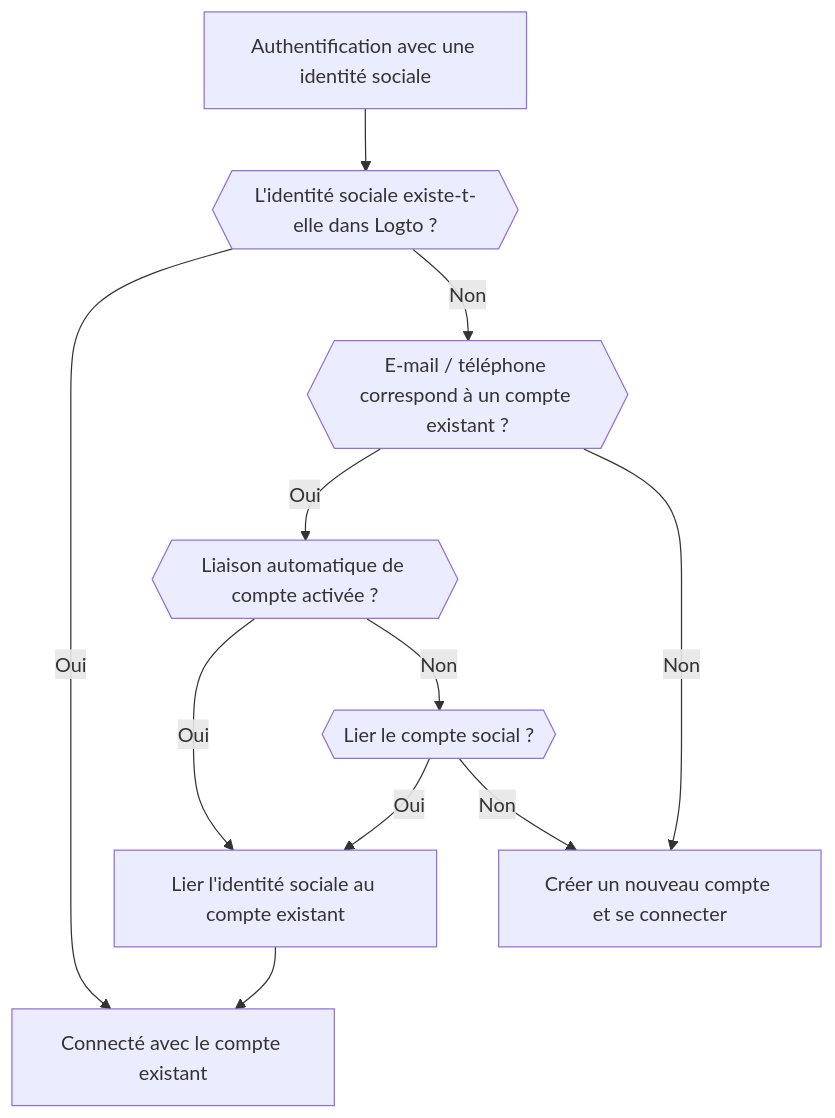
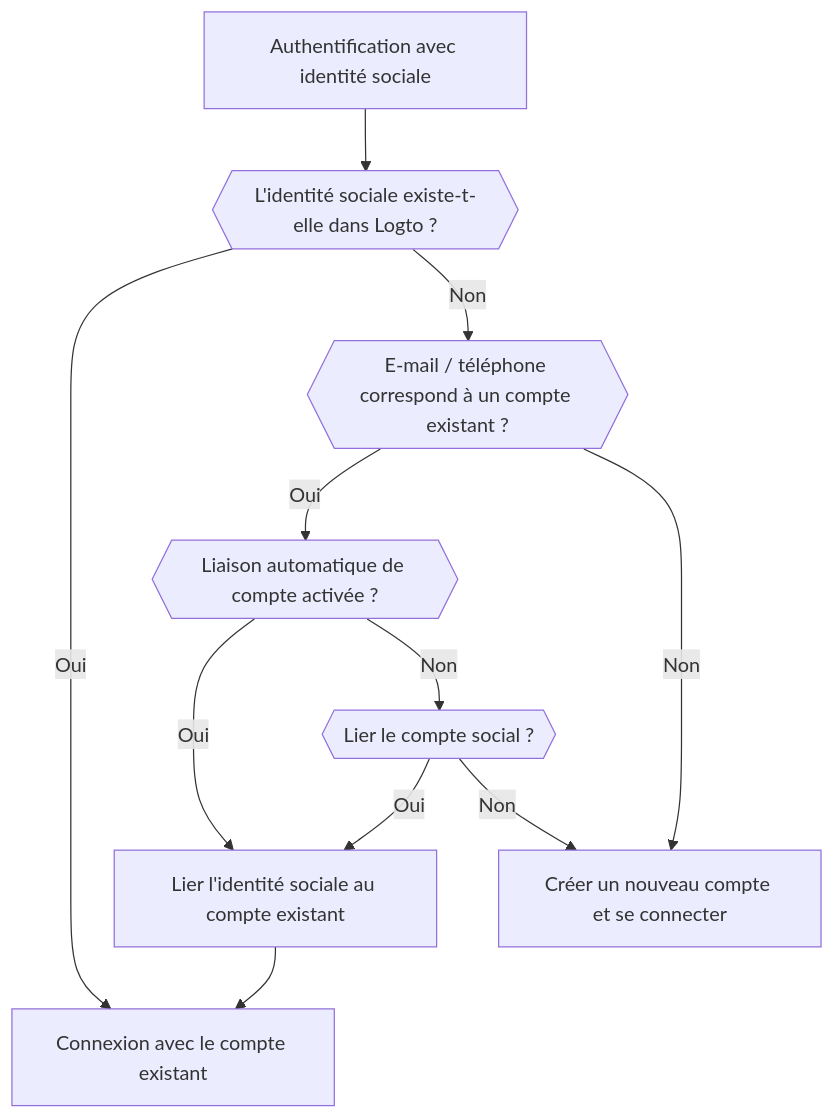
One commit to logto-io/docs changed the second of 6 diagrams in i18n/fr/docusaurus-plugin-content-docs/current/end-user-flows/sign-up-and-sign-in/social-sign-in.mdx. Above: the diagram before and after it, drawn with Mermaid. The commit also changed other lines of this file and 666 other files, not shown here.

````diff
--- a/i18n/fr/docusaurus-plugin-content-docs/current/end-user-flows/sign-up-and-sign-in/social-sign-in.mdx
+++ b/i18n/fr/docusaurus-plugin-content-docs/current/end-user-flows/sign-up-and-sign-in/social-sign-in.mdx
@@ -80,13 +80,13 @@
     ```mermaid
     flowchart TD
-    A[Authentification avec une identité sociale] --> B{{L'identité sociale existe-t-elle dans Logto ?}}
-    B -- Oui --> C[Connecté avec le compte existant]
+    A[Authentification avec identité sociale] --> B{{L'identité sociale existe-t-elle dans Logto ?}}
+    B -- Oui --> C[Connexion avec le compte existant]
     B -- Non --> D{{E-mail / téléphone correspond à un compte existant ?}}
     D -- Oui --> E{{Liaison automatique de compte activée ?}}
     E -- Oui --> G[Lier l'identité sociale au compte existant]
     G --> C
     D -- Non --> H[Créer un nouveau compte et se connecter]
     E -- Non --> I{{Lier le compte social ?}}
     I -- Oui --> G
     I -- Non --> H
     ```
````
